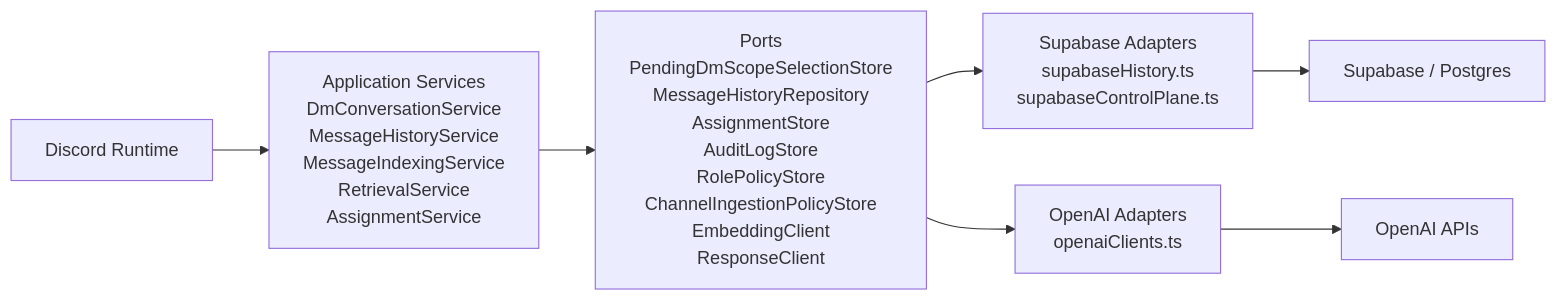
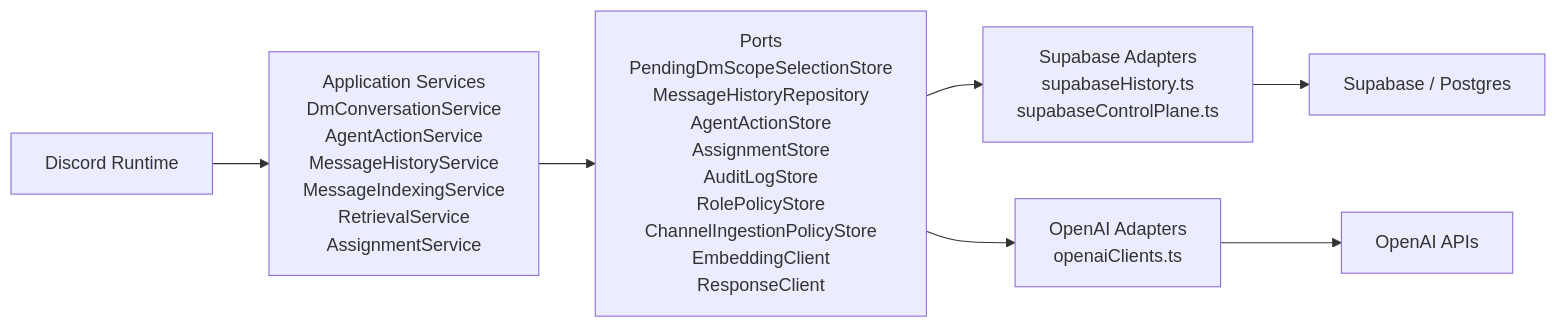
Before and after one commit to gOps132/GigiDC: the diagram in docs/diagrams/service-adapters.md, drawn with Mermaid. The commit also changed other lines of this file and 26 other files, not shown here.

````diff
--- a/docs/diagrams/service-adapters.md
+++ b/docs/diagrams/service-adapters.md
@@ -5,17 +5,17 @@
 ```mermaid
 flowchart LR
   Discord["Discord Runtime"]
-  Services["Application Services<br/>DmConversationService<br/>MessageHistoryService<br/>MessageIndexingService<br/>RetrievalService<br/>AssignmentService"]
-  Ports["Ports<br/>PendingDmScopeSelectionStore<br/>MessageHistoryRepository<br/>AssignmentStore<br/>AuditLogStore<br/>RolePolicyStore<br/>ChannelIngestionPolicyStore<br/>EmbeddingClient<br/>ResponseClient"]
+  Services["Application Services<br/>DmConversationService<br/>AgentActionService<br/>MessageHistoryService<br/>MessageIndexingService<br/>RetrievalService<br/>AssignmentService"]
+  Ports["Ports<br/>PendingDmScopeSelectionStore<br/>MessageHistoryRepository<br/>AgentActionStore<br/>AssignmentStore<br/>AuditLogStore<br/>RolePolicyStore<br/>ChannelIngestionPolicyStore<br/>EmbeddingClient<br/>ResponseClient"]
   SupabaseAdapters["Supabase Adapters<br/>supabaseHistory.ts<br/>supabaseControlPlane.ts"]
   OpenAIAdapters["OpenAI Adapters<br/>openaiClients.ts"]
   DB["Supabase / Postgres"]
   OpenAI["OpenAI APIs"]
 
   Discord --> Services
   Services --> Ports
   Ports --> SupabaseAdapters
   Ports --> OpenAIAdapters
   SupabaseAdapters --> DB
   OpenAIAdapters --> OpenAI
 ```
````
